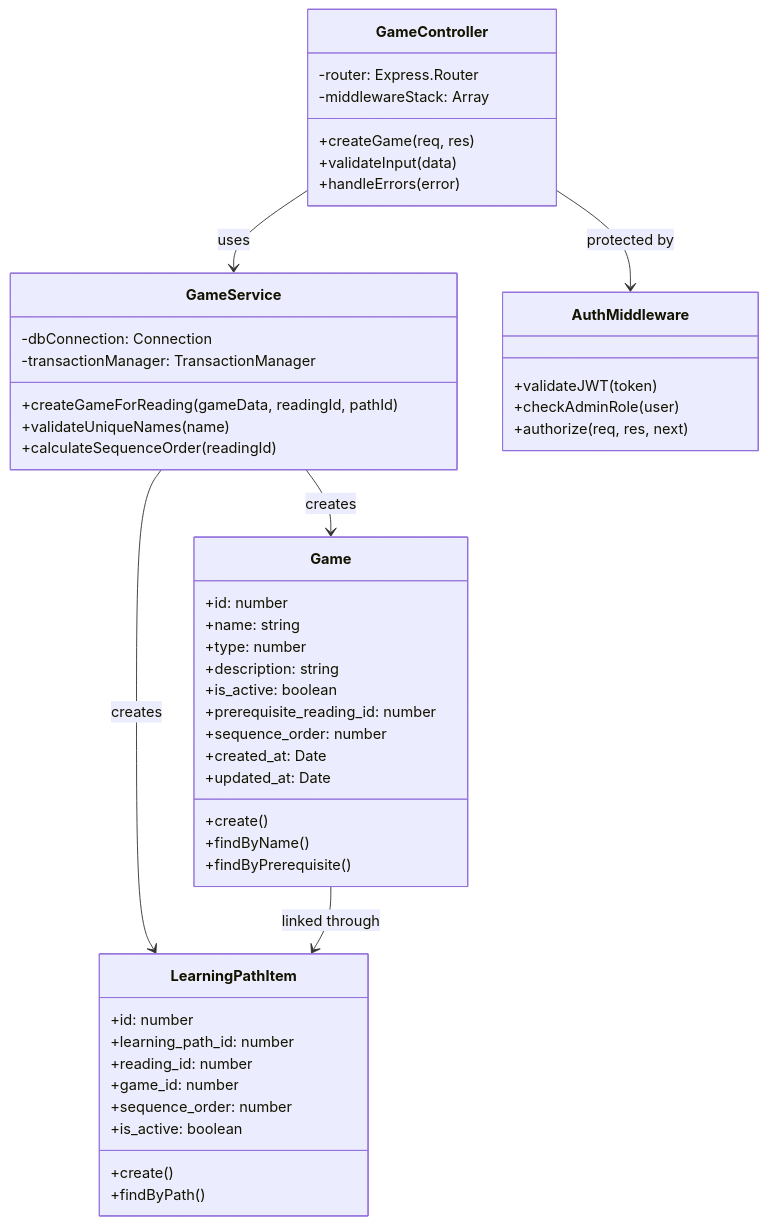
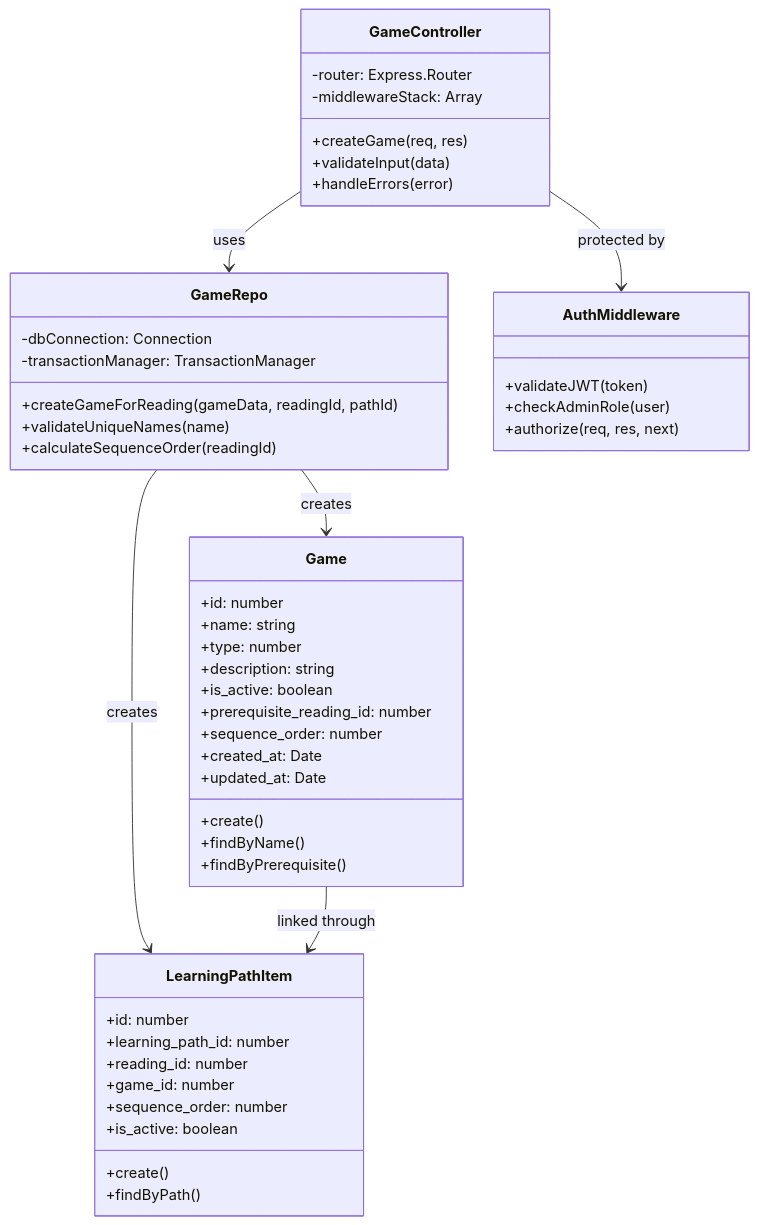
Before and after one commit to NgTuanHung051103/docs: the second of 2 diagrams in thanhlm/UC_G01_Create_Game.md, drawn with Mermaid. The commit also changed other lines of this file, not shown here.

````diff
--- a/thanhlm/UC_G01_Create_Game.md
+++ b/thanhlm/UC_G01_Create_Game.md
@@ -307,56 +307,56 @@
 ```mermaid
 classDiagram
     class GameController {
         -router: Express.Router
         -middlewareStack: Array
         +createGame(req, res)
         +validateInput(data)
         +handleErrors(error)
     }
     
-    class GameService {
+    class GameRepo {
         -dbConnection: Connection
         -transactionManager: TransactionManager
         +createGameForReading(gameData, readingId, pathId)
         +validateUniqueNames(name)
         +calculateSequenceOrder(readingId)
     }
     
     class Game {
         +id: number
         +name: string
         +type: number
         +description: string
         +is_active: boolean
         +prerequisite_reading_id: number
         +sequence_order: number
         +created_at: Date
         +updated_at: Date
         +create()
         +findByName()
         +findByPrerequisite()
     }
     
     class LearningPathItem {
         +id: number
         +learning_path_id: number
         +reading_id: number
         +game_id: number
         +sequence_order: number
         +is_active: boolean
         +create()
         +findByPath()
     }
     
     class AuthMiddleware {
         +validateJWT(token)
         +checkAdminRole(user)
         +authorize(req, res, next)
     }
     
-    GameController --> GameService : uses
+    GameController --> GameRepo : uses
     GameController --> AuthMiddleware : protected by
-    GameService --> Game : creates
-    GameService --> LearningPathItem : creates
+    GameRepo --> Game : creates
+    GameRepo --> LearningPathItem : creates
     Game --> LearningPathItem : linked through
 ```
````
